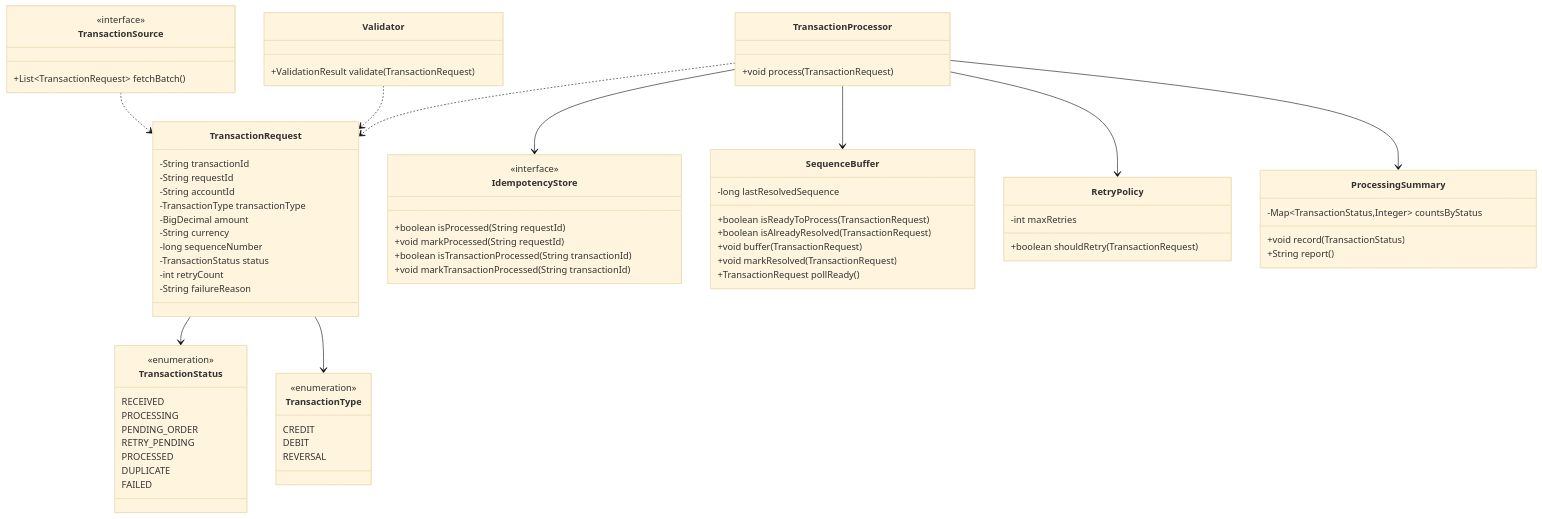
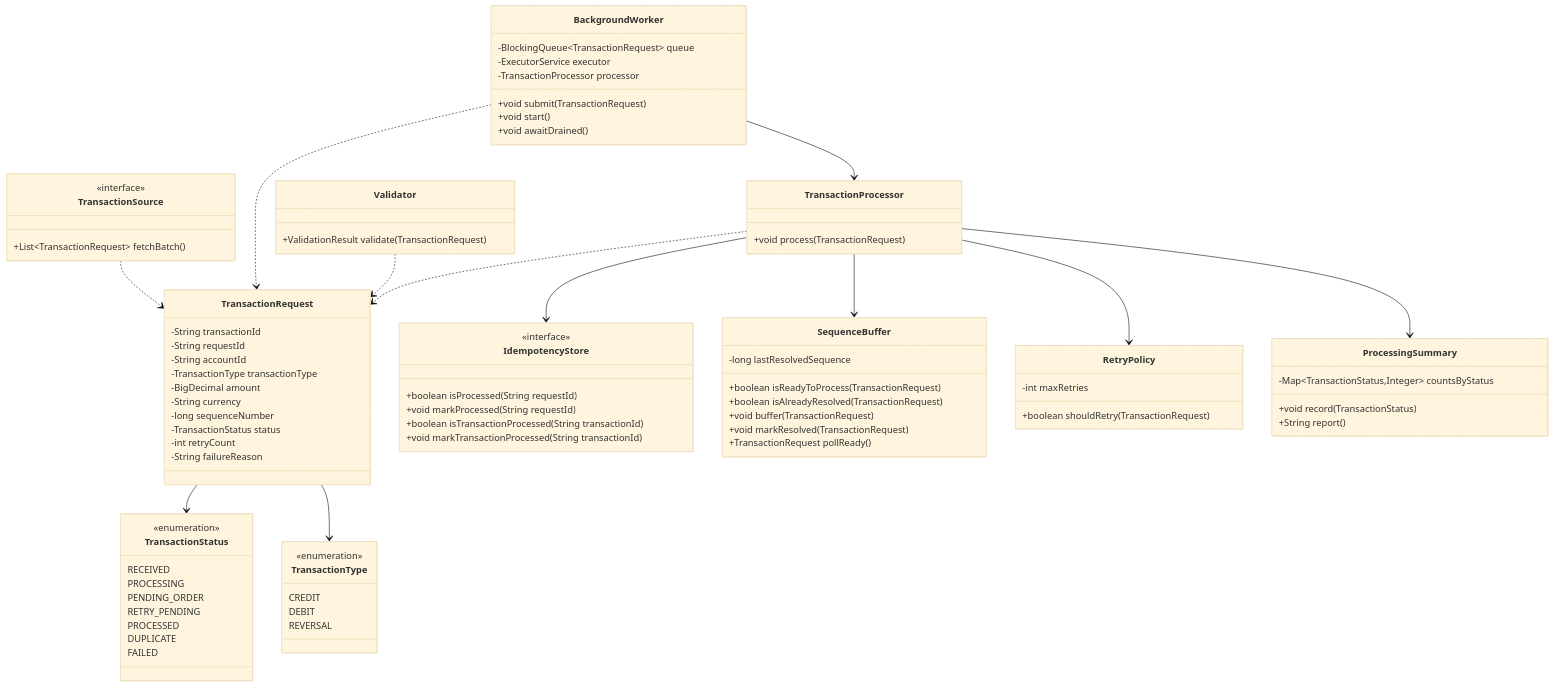
Before and after one commit to mnbns/mpucd: the second of 7 diagrams in DESIGN.md, drawn with Mermaid (base theme). The commit also changed other lines of this file and 29 other files, not shown here.

```diff
--- a/DESIGN.md
+++ b/DESIGN.md
@@ -223,6 +237,14 @@
     <<interface>>
     +List~TransactionRequest~ fetchBatch()
   }
+  class BackgroundWorker {
+    -BlockingQueue~TransactionRequest~ queue
+    -ExecutorService executor
+    -TransactionProcessor processor
+    +void submit(TransactionRequest)
+    +void start()
+    +void awaitDrained()
+  }
   class Validator {
     +ValidationResult validate(TransactionRequest)
   }
@@ -255,6 +277,8 @@
   }
 
   TransactionSource ..> TransactionRequest
+  BackgroundWorker ..> TransactionRequest
+  BackgroundWorker --> TransactionProcessor
   Validator ..> TransactionRequest
   TransactionProcessor --> IdempotencyStore
   TransactionProcessor --> SequenceBuffer
```
